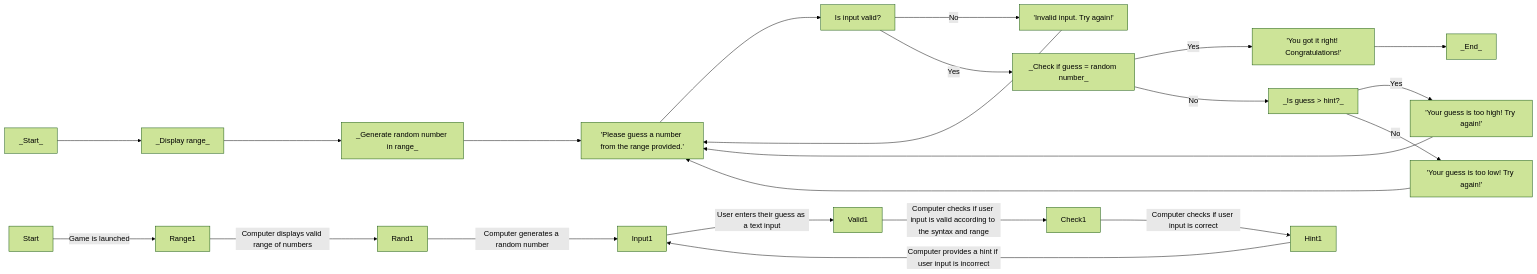
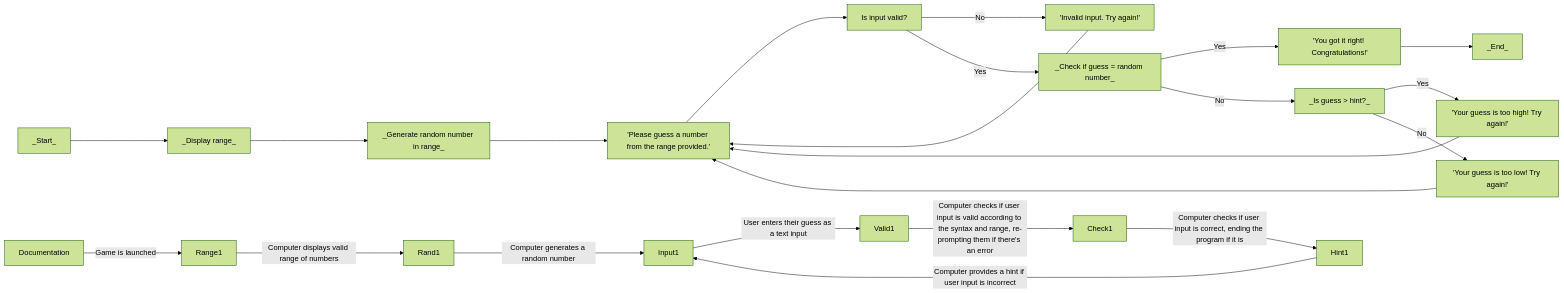
One commit to rfk-waketech/rfk-waketech.github.io changed the diagram in Guessing.md. Above: the diagram before and after it, drawn with Mermaid (forest theme).

````diff
--- a/Guessing.md
+++ b/Guessing.md
@@ -1,16 +1,16 @@
 ```mermaid
 flowchart LR
 _Start_ --> Range[_Display range_]
 Range --> Rand[_Generate random number in range_]
 Rand --> Input['Please guess a number from the range provided.']
 Input --> Valid[Is input valid?]
 Valid --> |No| Error['Invalid input. Try again!'] --> Input
 Valid --> |Yes| Check[_Check if guess = random number_]
 Check --> |Yes| End['You got it right! Congratulations!'] --> _End_
 Check --> |No| Hint[_Is guess > hint?_]
 Hint --> |Yes| High['Your guess is too high! Try again!'] --> Input
 Hint --> |No| Low['Your guess is too low! Try again!'] --> Input
 
-%% Start --> Range1 --> Rand1 --> Input1 --> Valid1 --> Check1 --> Hint1
-Start -- Game is launched --> Range1 -- Computer displays valid range of numbers --> Rand1 -- Computer generates a random number --> Input1 -- User enters their guess as a text input --> Valid1 -- Computer checks if user input is valid according to the syntax and range --> Check1 -- Computer checks if user input is correct --> Hint1 -- Computer provides a hint if user input is incorrect --> Input1
+%% Documentation --> rangeDoc --> randDoc --> inputDoc --> validDoc --> checkDoc --> hintDoc
+Documentation -- Game is launched --> Range1 -- Computer displays valid range of numbers --> Rand1 -- Computer generates a random number --> Input1 -- User enters their guess as a text input --> Valid1 -- Computer checks if user input is valid according to the syntax and range, re-prompting them if there's an error --> Check1 -- Computer checks if user input is correct, ending the program if it is --> Hint1 -- Computer provides a hint if user input is incorrect --> Input1
 ```
````
